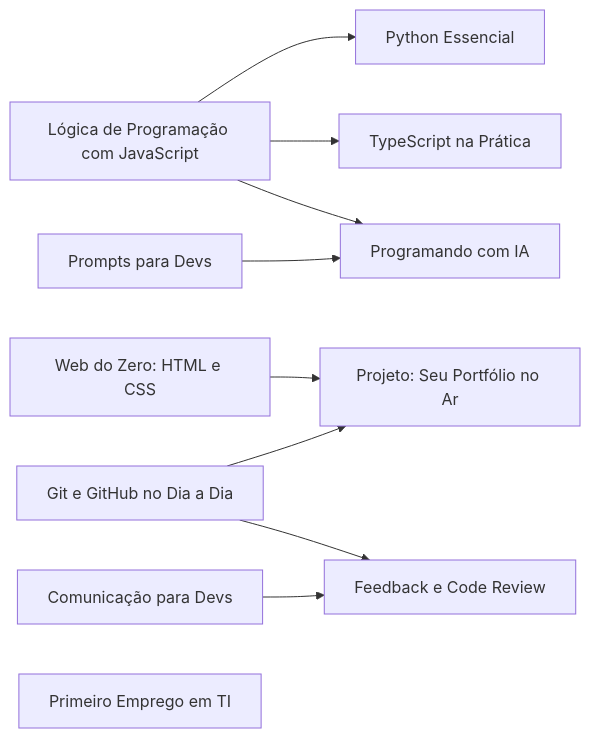
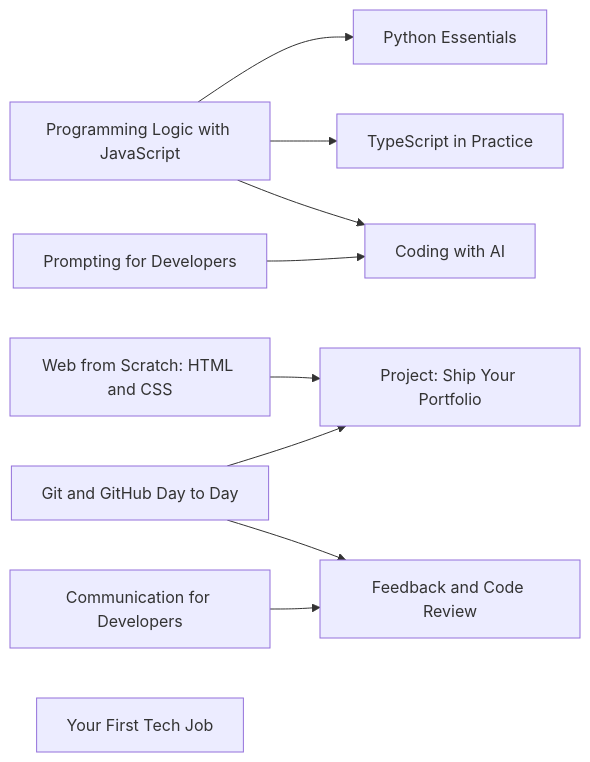
One commit to echeli-software/codify changed the diagram in docs/20-curriculum.md. Above: the diagram before and after it, drawn with Mermaid. The commit also changed other lines of this file, not shown here.

First line of the commit message:
docs(20): curriculum is English first, pt-BR is the translation

````diff
--- a/docs/20-curriculum.md
+++ b/docs/20-curriculum.md
@@ -86,12 +88,12 @@
 ```mermaid
 graph LR
-  P1[Lógica de Programação com JavaScript] --> P3[Python Essencial]
-  P1 --> P4[TypeScript na Prática]
-  P1 --> A2[Programando com IA]
-  A1[Prompts para Devs] --> A2
-  P2[Web do Zero: HTML e CSS] --> X1[Projeto: Seu Portfólio no Ar]
-  K1[Git e GitHub no Dia a Dia] --> X1
-  K1 --> S2[Feedback e Code Review]
-  S1[Comunicação para Devs] --> S2
-  K2[Primeiro Emprego em TI]
+  P1[Programming Logic with JavaScript] --> P3[Python Essentials]
+  P1 --> P4[TypeScript in Practice]
+  P1 --> A2[Coding with AI]
+  A1[Prompting for Developers] --> A2
+  P2[Web from Scratch: HTML and CSS] --> X1[Project: Ship Your Portfolio]
+  K1[Git and GitHub Day to Day] --> X1
+  K1 --> S2[Feedback and Code Review]
+  S1[Communication for Developers] --> S2
+  K2[Your First Tech Job]
 ```
````
